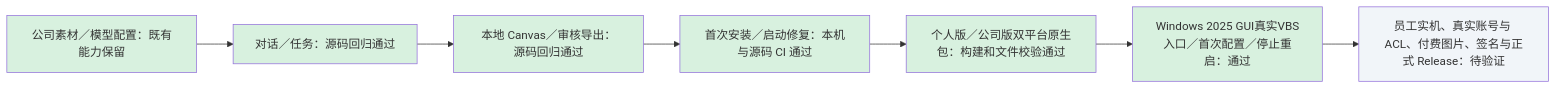
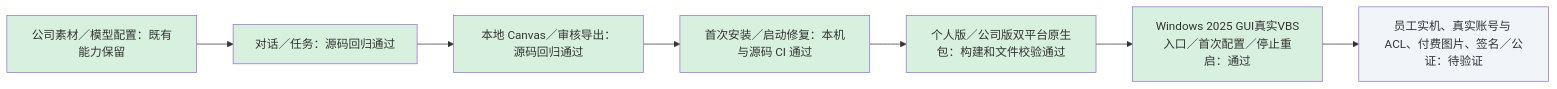
Before and after one commit to akechi0819-lgtm/creative-Agent-studio: the first of 3 diagrams in docs/工程进度.md, drawn with Mermaid. The commit also changed other lines of this file and 4 other files, not shown here.

````diff
--- a/docs/工程进度.md
+++ b/docs/工程进度.md
@@ -33,16 +33,16 @@
 ```mermaid
 flowchart LR
   M["公司素材／模型配置：既有能力保留"] --> T["对话／任务：源码回归通过"]
   T --> C["本地 Canvas／审核导出：源码回归通过"]
   C --> S["首次安装／启动修复：本机与源码 CI 通过"]
   S --> P["个人版／公司版双平台原生包：构建和文件校验通过"]
   P --> U["Windows 2025 GUI真实VBS入口／首次配置／停止重启：通过"]
-  U --> X["员工实机、真实账号与 ACL、付费图片、签名与正式 Release：待验证"]
+  U --> X["员工实机、真实账号与 ACL、付费图片、签名／公证：待验证"]
   style M fill:#d8f1df
   style T fill:#d8f1df
   style C fill:#d8f1df
   style S fill:#d8f1df
   style P fill:#d8f1df
   style U fill:#d8f1df
   style X fill:#f1f5f9
 ```
````
